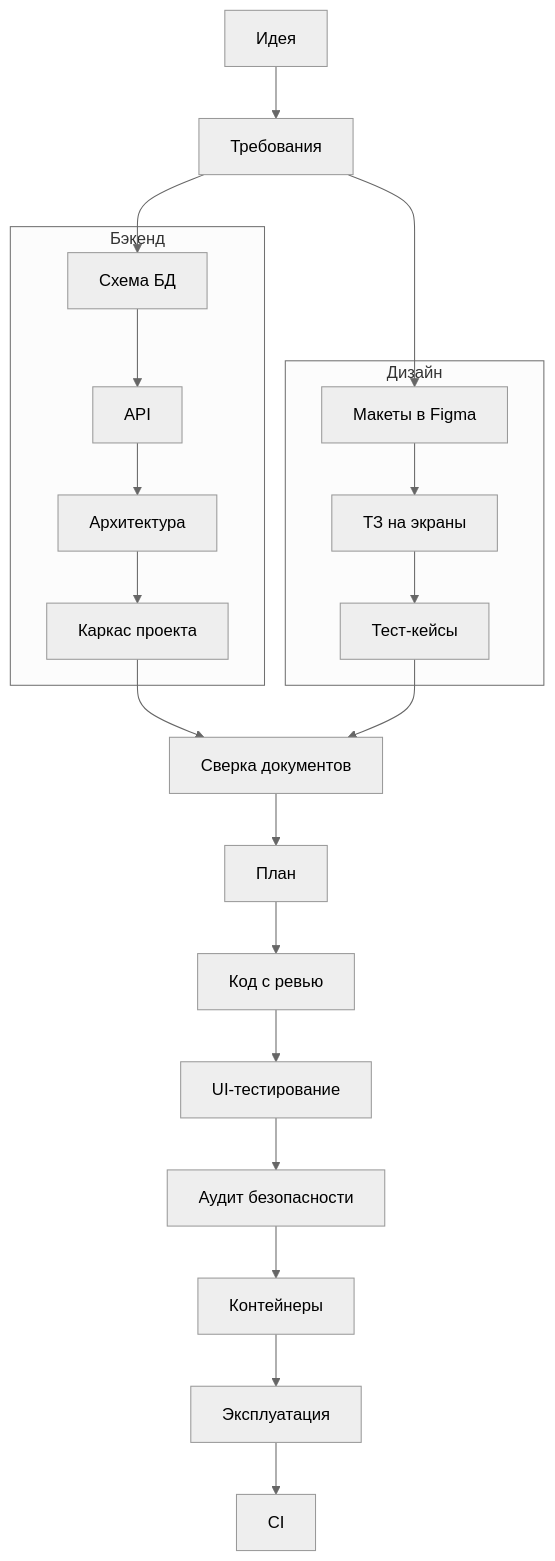
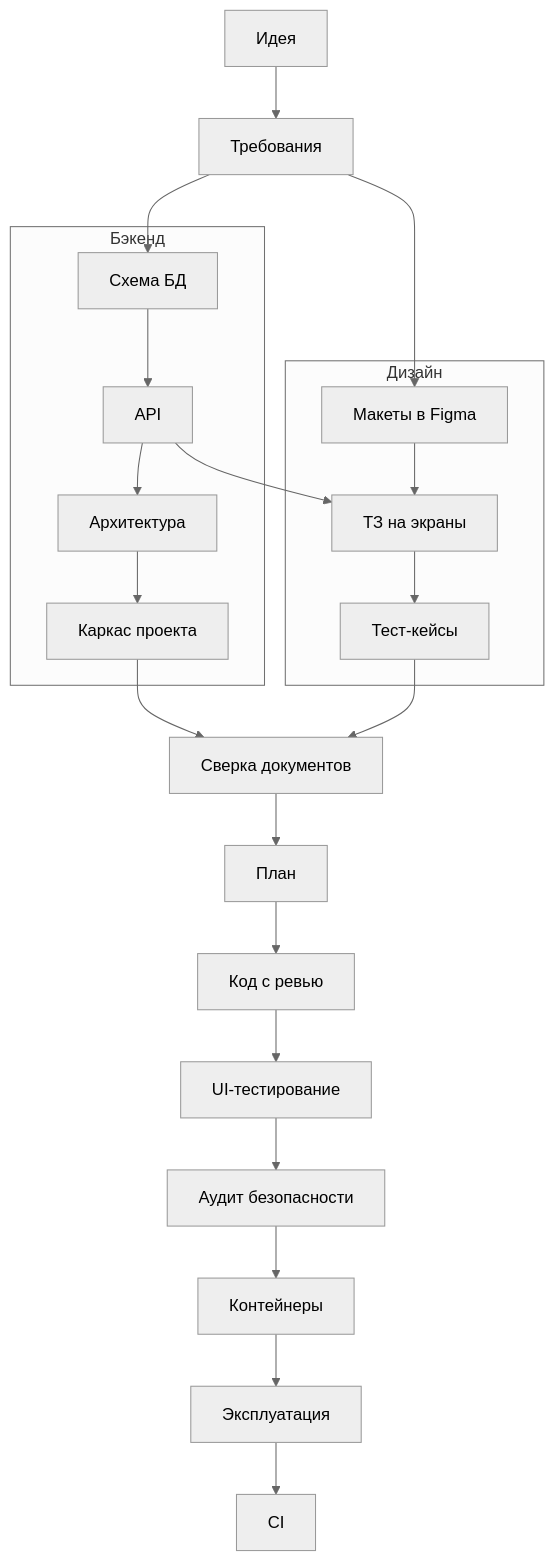
Before and after one commit to Idontlikedrinkpivo/web-dev-pipeline-claude-plugin: the diagram in README.md, drawn with Mermaid (neutral theme). The commit also changed other lines of this file, not shown here.

Commit message:
README: API → screen specs on the diagram

````diff
--- a/README.md
+++ b/README.md
@@ -37,15 +27,16 @@
 ```mermaid
 flowchart TD
     A[Идея] --> B[Требования]
     subgraph backend [Бэкенд]
         C[Схема БД] --> D[API] --> E[Архитектура] --> F[Каркас проекта]
     end
     subgraph design [Дизайн]
         G[Макеты в Figma] --> H[ТЗ на экраны] --> I[Тест-кейсы]
     end
     B --> C
     B --> G
+    D --> H
     F --> J[Сверка документов]
     I --> J
     J --> K[План] --> L[Код с ревью] --> M[UI-тестирование] --> S[Аудит безопасности] --> N[Контейнеры] --> P[Эксплуатация] --> O[CI]
 ```
````
